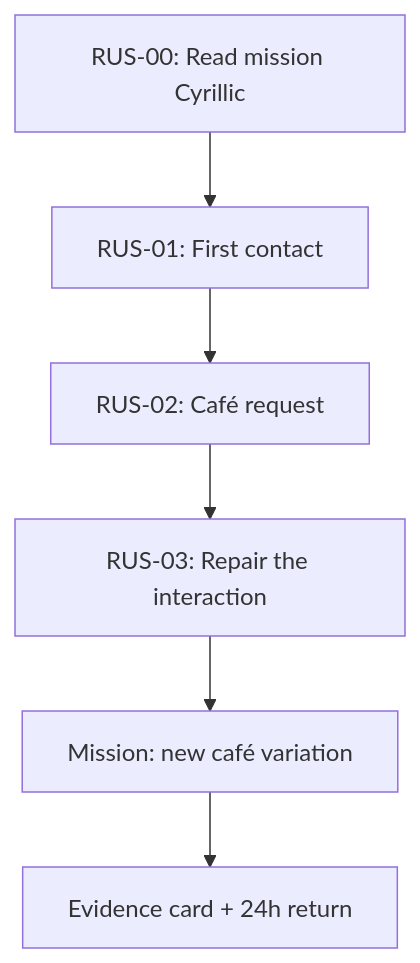
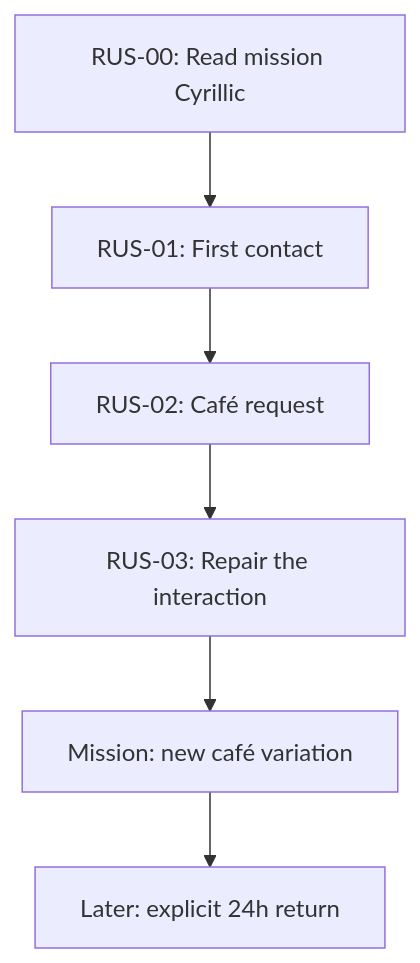
The diagram in docs/product/13_first_encounter_build_spec_v0.1.md (EthemKD/living-language-atlas), drawn with Mermaid before and after one commit. The commit also changed other lines of this file and 14 other files, not shown here.

````diff
--- a/docs/product/13_first_encounter_build_spec_v0.1.md
+++ b/docs/product/13_first_encounter_build_spec_v0.1.md
@@ -28,8 +28,8 @@
 ```mermaid
 flowchart TD
   A["RUS-00: Read mission Cyrillic"] --> B["RUS-01: First contact"]
   B --> C["RUS-02: Café request"]
   C --> D["RUS-03: Repair the interaction"]
   D --> E["Mission: new café variation"]
-  E --> F["Evidence card + 24h return"]
+  E --> F["Later: explicit 24h return"]
 ```
````
